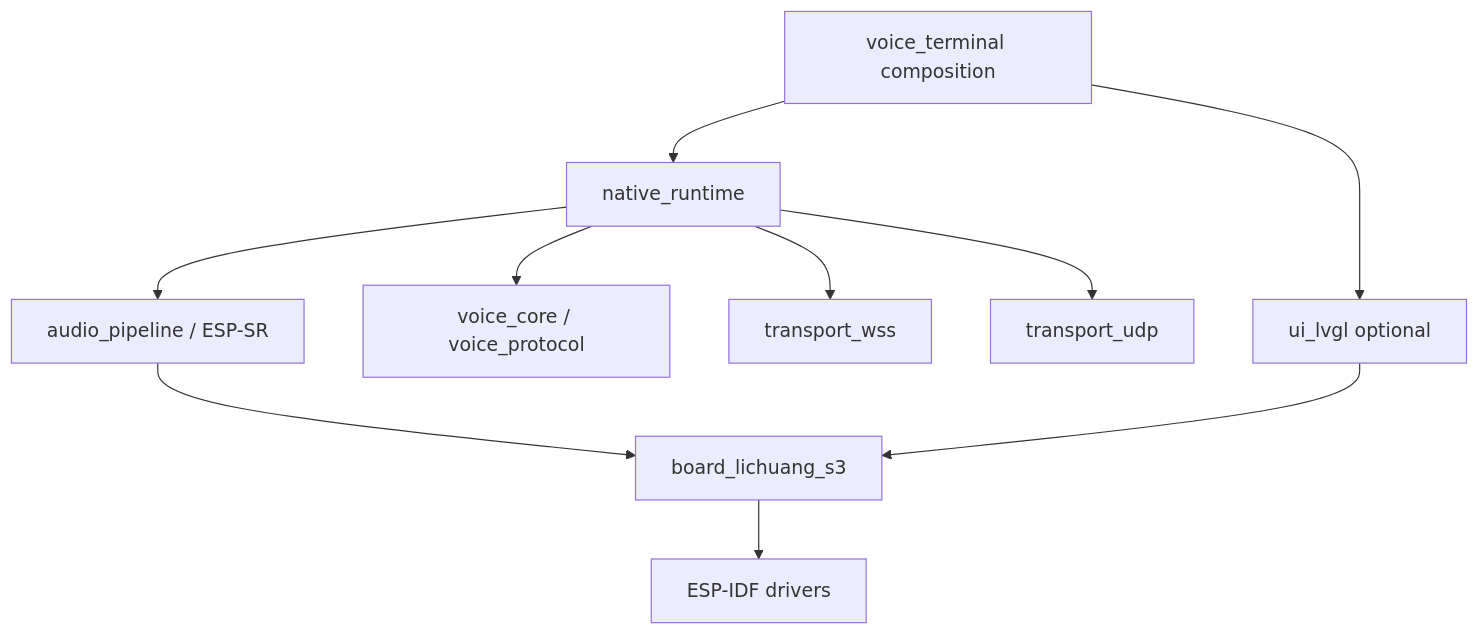
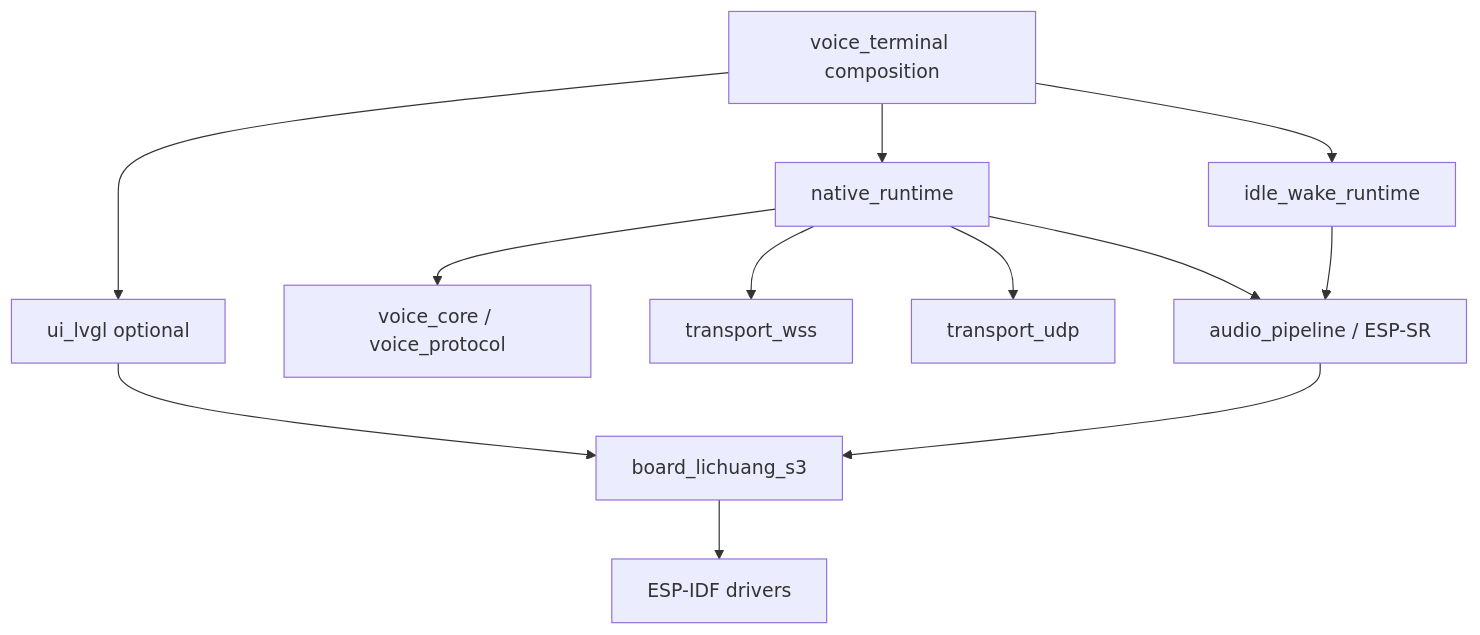
Before and after one commit to wuhuaha/realtime-voice-agent: the diagram in docs/architecture/firmware.md, drawn with Mermaid. The commit also changed other lines of this file and 16 other files, not shown here.

````diff
--- a/docs/architecture/firmware.md
+++ b/docs/architecture/firmware.md
@@ -14,12 +14,14 @@
 ```mermaid
 flowchart TD
     APP["voice_terminal composition"] --> UI["ui_lvgl optional"]
     APP --> RUNTIME["native_runtime"]
+    APP --> WAKE["idle_wake_runtime"]
+    WAKE --> AUDIO
     RUNTIME --> SESSION["voice_core / voice_protocol"]
     RUNTIME --> WSS["transport_wss"]
     RUNTIME --> UDP["transport_udp"]
     RUNTIME --> AUDIO["audio_pipeline / ESP-SR"]
     AUDIO --> BOARD["board_lichuang_s3"]
     UI --> BOARD
     BOARD --> IDF["ESP-IDF drivers"]
 ```
````
